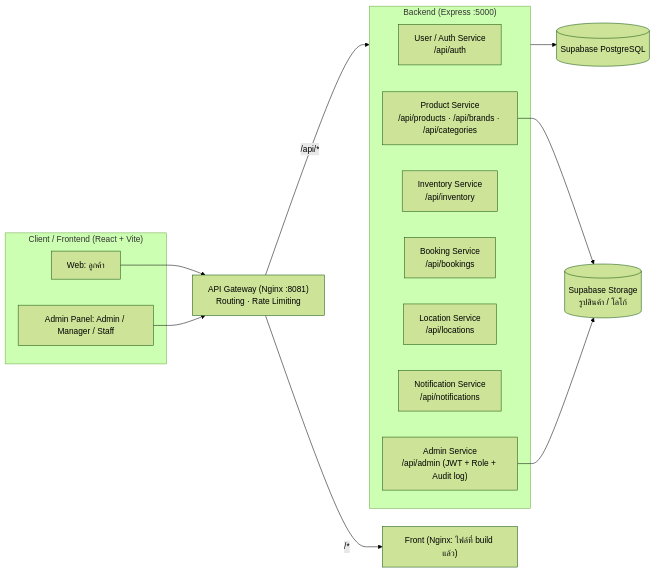
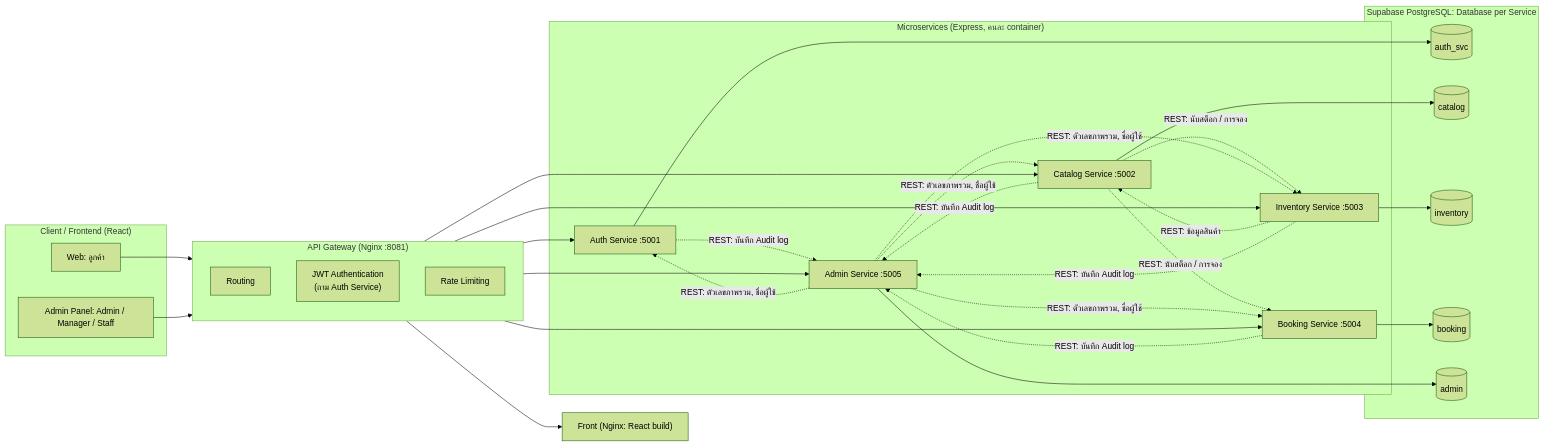
Before and after one commit to Rafha00/Grand-Service: the first of 2 diagrams in docs/ARCHITECTURE.md, drawn with Mermaid (forest theme). The commit also changed other lines of this file and 32 other files, not shown here.

First line of the commit message:
Split backend into 5 microservices with database per service

````diff
--- a/docs/ARCHITECTURE.md
+++ b/docs/ARCHITECTURE.md
@@ -7,30 +7,44 @@
 ```mermaid
 flowchart LR
-  subgraph Client["Client / Frontend (React + Vite)"]
+  subgraph Client["Client / Frontend (React)"]
     Web["Web: ลูกค้า"]
-    Admin["Admin Panel: Admin / Manager / Staff"]
+    AdminUI["Admin Panel: Admin / Manager / Staff"]
   end
 
-  GW["API Gateway (Nginx :8081)<br/>Routing · Rate Limiting"]
-
-  subgraph Back["Backend (Express :5000)"]
-    Auth["User / Auth Service<br/>/api/auth"]
-    Catalog["Product Service<br/>/api/products · /api/brands · /api/categories"]
-    Inv["Inventory Service<br/>/api/inventory"]
-    Book["Booking Service<br/>/api/bookings"]
-    Loc["Location Service<br/>/api/locations"]
-    Noti["Notification Service<br/>/api/notifications"]
-    Adm["Admin Service<br/>/api/admin (JWT + Role + Audit log)"]
+  subgraph GW["API Gateway (Nginx :8081)"]
+    direction TB
+    R["Routing"]
+    J["JWT Authentication<br/>(ถาม Auth Service)"]
+    L["Rate Limiting"]
   end
 
-  DB[("Supabase PostgreSQL")]
-  Store[("Supabase Storage<br/>รูปสินค้า / โลโก้")]
+  subgraph MS["Microservices (Express, คนละ container)"]
+    Auth["Auth Service :5001"]
+    Cat["Catalog Service :5002"]
+    Inv["Inventory Service :5003"]
+    Book["Booking Service :5004"]
+    Adm["Admin Service :5005"]
+  end
+
+  subgraph DB["Supabase PostgreSQL: Database per Service"]
+    DA[("auth_svc")]
+    DC[("catalog")]
+    DI[("inventory")]
+    DB2[("booking")]
+    DAd[("admin")]
+  end
 
   Web --> GW
-  Admin --> GW
-  GW -->|"/api/*"| Back
-  GW -->|"/*"| FrontStatic["Front (Nginx: ไฟล์ที่ build แล้ว)"]
-  Back --> DB
-  Catalog --> Store
-  Adm --> Store
+  AdminUI --> GW
+  GW --> Auth & Cat & Inv & Book & Adm
+  GW --> Front["Front (Nginx: React build)"]
+  Auth --> DA
+  Cat --> DC
+  Inv --> DI
+  Book --> DB2
+  Adm --> DAd
+  Inv -. "REST: ข้อมูลสินค้า" .-> Cat
+  Cat -. "REST: นับสต็อก / การจอง" .-> Inv & Book
+  Adm -. "REST: ตัวเลขภาพรวม, ชื่อผู้ใช้" .-> Auth & Cat & Inv & Book
+  Cat & Inv & Book & Auth -. "REST: บันทึก Audit log" .-> Adm
 ```
````
